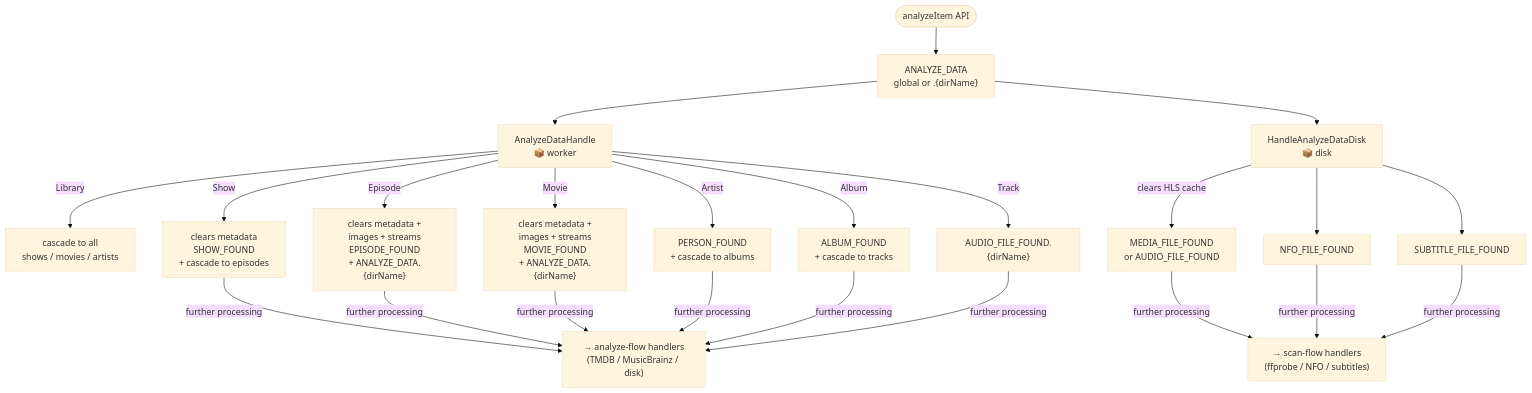
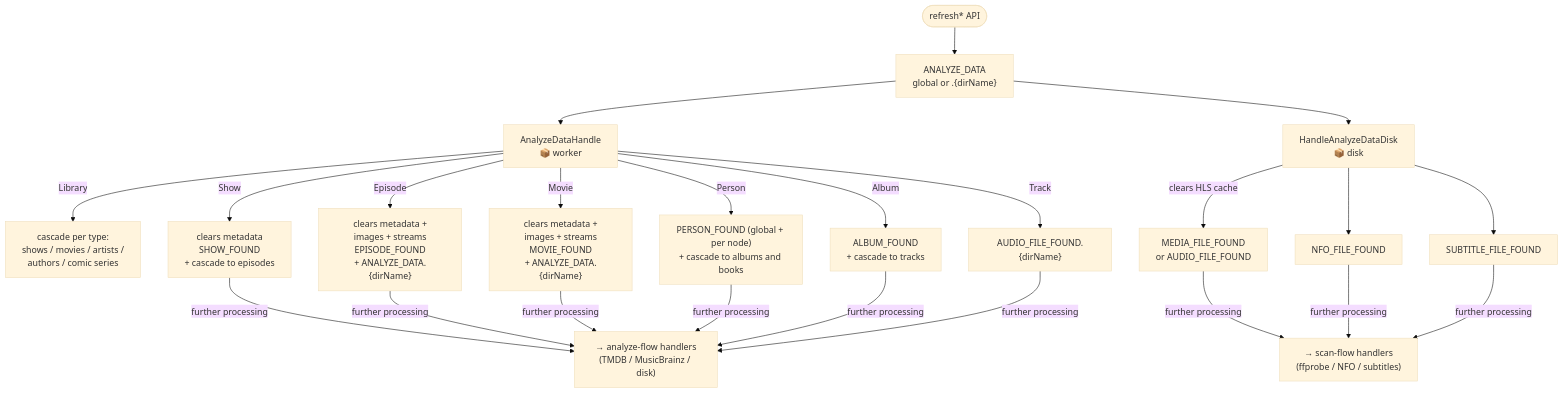
Before and after one commit to ister-app/server: the second of 2 diagrams in doc/architecture/diagrams/analyze-flow.md, drawn with Mermaid (base theme). The commit also changed other lines of this file and 23 other files, not shown here.

First line of the commit message:
docs: describe the redesigned maintenance flows

````diff
--- a/doc/architecture/diagrams/analyze-flow.md
+++ b/doc/architecture/diagrams/analyze-flow.md
@@ -57,24 +62,24 @@
 ```mermaid
 flowchart TD
-    API([analyzeItem API]) --> A
+    API([refresh* API]) --> A
 
     A["ANALYZE_DATA\nglobal or .{dirName}"]
 
     A --> W["AnalyzeDataHandle\n📦 worker"]
     A --> D["HandleAnalyzeDataDisk\n📦 disk"]
 
-    W -->|Library| W1["cascade to all\nshows / movies / artists"]
+    W -->|Library| W1["cascade per type:\nshows / movies / artists /\nauthors / comic series"]
     W -->|Show| W2["clears metadata\nSHOW_FOUND\n+ cascade to episodes"]
     W -->|Episode| W3["clears metadata +\nimages + streams\nEPISODE_FOUND\n+ ANALYZE_DATA.{dirName}"]
     W -->|Movie| W4["clears metadata +\nimages + streams\nMOVIE_FOUND\n+ ANALYZE_DATA.{dirName}"]
-    W -->|Artist| W5["PERSON_FOUND\n+ cascade to albums"]
+    W -->|Person| W5["PERSON_FOUND (global + per node)\n+ cascade to albums and books"]
     W -->|Album| W6["ALBUM_FOUND\n+ cascade to tracks"]
     W -->|Track| W7["AUDIO_FILE_FOUND.{dirName}"]
 
     D -->|"clears HLS cache"| D1["MEDIA_FILE_FOUND\nor AUDIO_FILE_FOUND"]
     D --> D2["NFO_FILE_FOUND"]
     D --> D3["SUBTITLE_FILE_FOUND"]
 
     W2 & W3 & W4 & W5 & W6 & W7 -->|"further processing"| FLOWS["→ analyze-flow handlers\n(TMDB / MusicBrainz / disk)"]
     D1 & D2 & D3 -->|"further processing"| FLOWS2["→ scan-flow handlers\n(ffprobe / NFO / subtitles)"]
 ```
````
